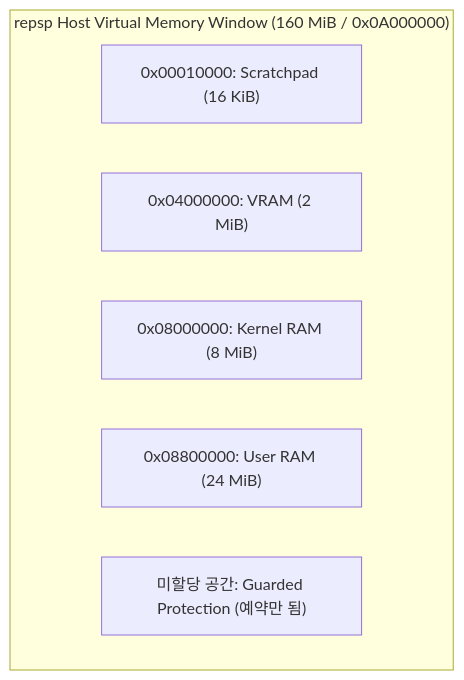
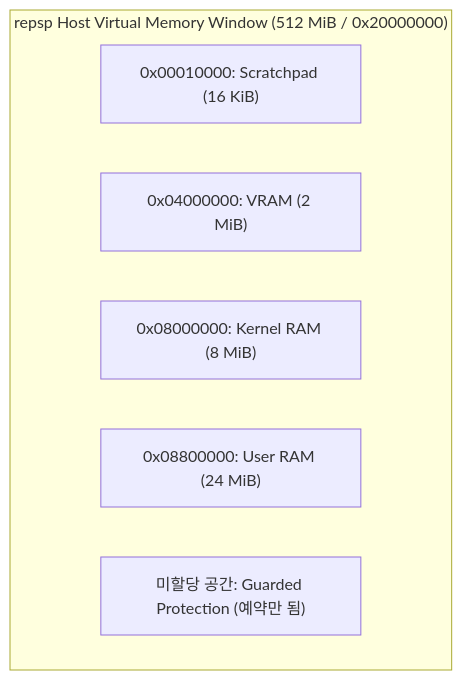
One commit to reexec/repsp changed the diagram in docs/kb/psp-memory-map.md. Above: the diagram before and after it, drawn with Mermaid. The commit also changed other lines of this file and 3 other files, not shown here.

Commit message:
Expand guest memory reservation window to 512 MiB and test OOB guard (#1)

````diff
--- a/docs/kb/psp-memory-map.md
+++ b/docs/kb/psp-memory-map.md
@@ -19,10 +19,10 @@
 ```mermaid
 flowchart TD
-    subgraph HostWindow["repsp Host Virtual Memory Window (160 MiB / 0x0A000000)"]
+    subgraph HostWindow["repsp Host Virtual Memory Window (512 MiB / 0x20000000)"]
         SP["0x00010000: Scratchpad (16 KiB)"]
         VRAM["0x04000000: VRAM (2 MiB)"]
         KRAM["0x08000000: Kernel RAM (8 MiB)"]
         URAM["0x08800000: User RAM (24 MiB)"]
         GAP["미할당 공간: Guarded Protection (예약만 됨)"]
     end
 ```
````
